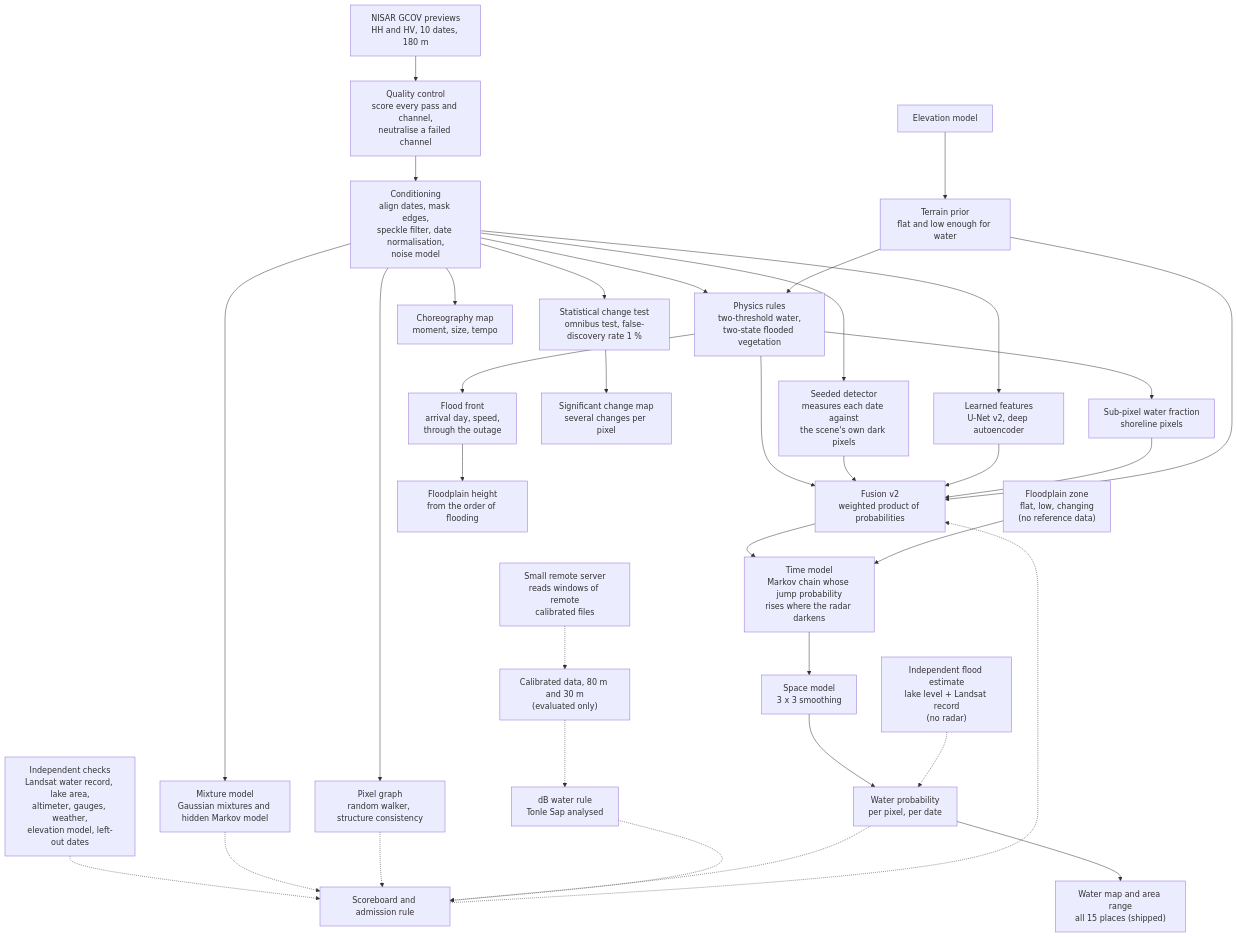
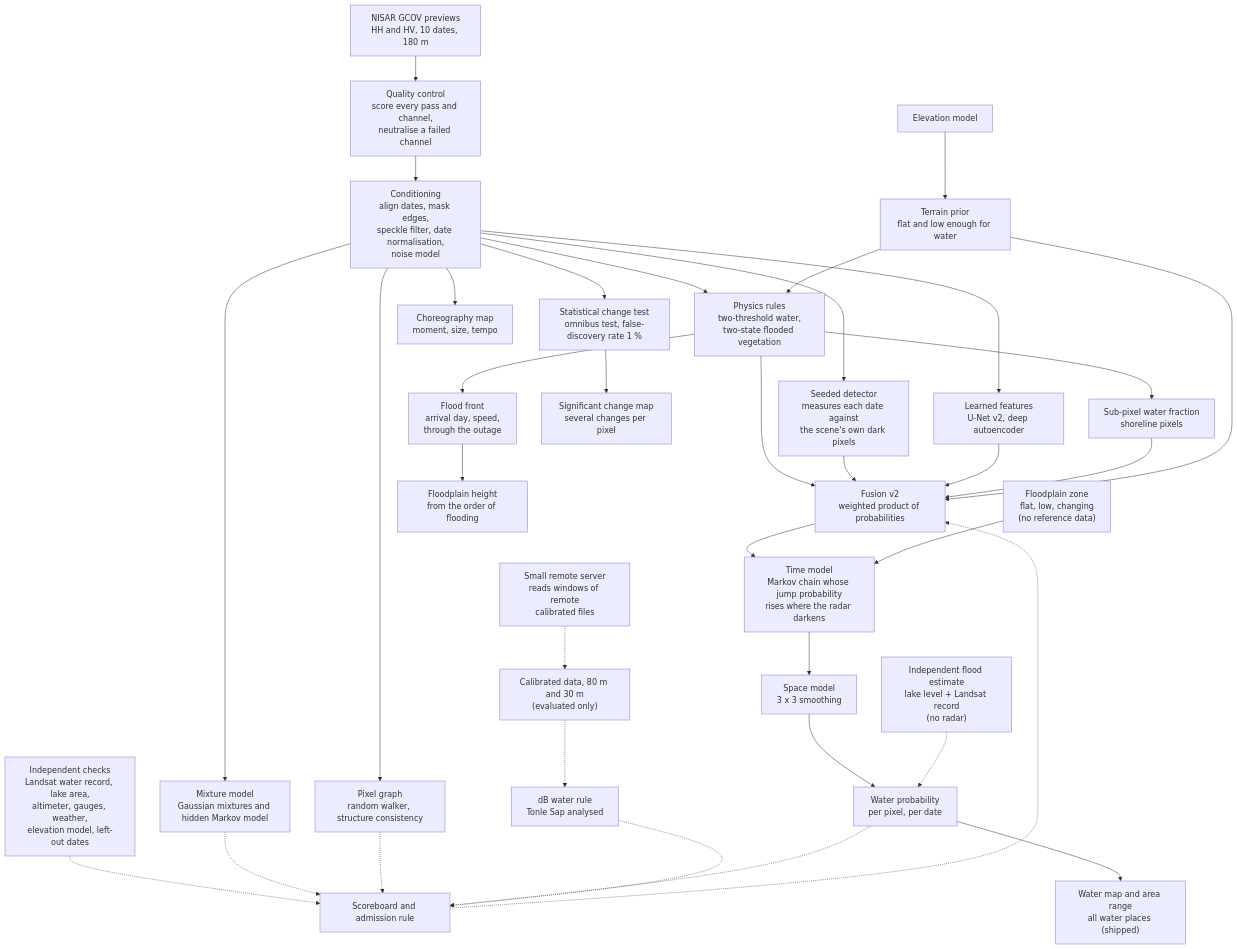
Before and after one commit to Harut200/Nasa-Space-App-Challange-2026: the diagram in docs/ARCHITECTURE.md, drawn with Mermaid. The commit also changed other lines of this file and 8 other files, not shown here.

````diff
--- a/docs/ARCHITECTURE.md
+++ b/docs/ARCHITECTURE.md
@@ -15,43 +15,43 @@
 ```mermaid
 flowchart TD
     A["NISAR GCOV previews<br/>HH and HV, 10 dates, 180 m"] --> QC["Quality control<br/>score every pass and channel,<br/>neutralise a failed channel"]
     QC --> B["Conditioning<br/>align dates, mask edges,<br/>speckle filter, date normalisation,<br/>noise model"]
 
     T["Elevation model"] --> P1["Terrain prior<br/>flat and low enough for water"]
 
     B --> E1["Physics rules<br/>two-threshold water,<br/>two-state flooded vegetation"]
     P1 --> E1
     B --> E7["Seeded detector<br/>measures each date against<br/>the scene's own dark pixels"]
     B --> E2["Mixture model<br/>Gaussian mixtures and hidden Markov model"]
     B --> E3["Statistical change test<br/>omnibus test, false-discovery rate 1 %"]
     B --> E4["Pixel graph<br/>random walker, structure consistency"]
     B --> E5["Learned features<br/>U-Net v2, deep autoencoder"]
     E1 --> E6["Sub-pixel water fraction<br/>shoreline pixels"]
 
     E1 --> F["Fusion v2<br/>weighted product of probabilities"]
     E7 --> F
     E5 --> F
     E6 --> F
     P1 --> F
     F --> H["Time model<br/>Markov chain whose jump probability<br/>rises where the radar darkens"]
     FP["Floodplain zone<br/>flat, low, changing<br/>(no reference data)"] --> H
     H --> S["Space model<br/>3 x 3 smoothing"]
     S --> R["Water probability<br/>per pixel, per date"]
-    R --> O1["Water map and area range<br/>all 15 places (shipped)"]
+    R --> O1["Water map and area range<br/>all water places (shipped)"]
 
     E3 --> O2["Significant change map<br/>several changes per pixel"]
     E1 --> O4["Flood front<br/>arrival day, speed,<br/>through the outage"]
     O4 --> O5["Floodplain height<br/>from the order of flooding"]
     B --> O6["Choreography map<br/>moment, size, tempo"]
 
     HY["Independent flood estimate<br/>lake level + Landsat record<br/>(no radar)"] -.-> R
     V["Independent checks<br/>Landsat water record, lake area,<br/>altimeter, gauges, weather,<br/>elevation model, left-out dates"] -.-> SB["Scoreboard and admission rule"]
     E2 -.-> SB
     E4 -.-> SB
     R -.-> SB
     SB -.-> F
 
     RS["Small remote server<br/>reads windows of remote<br/>calibrated files"] -.-> CD["Calibrated data, 80 m and 30 m<br/>(evaluated only)"]
     CD -.-> DB["dB water rule<br/>Tonle Sap analysed"]
     DB -.-> SB
 ```
````
